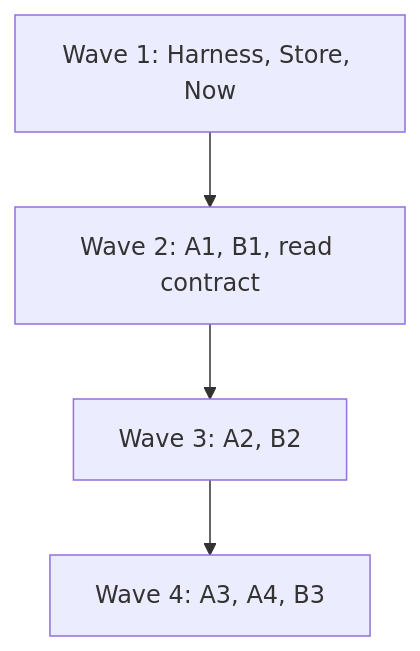
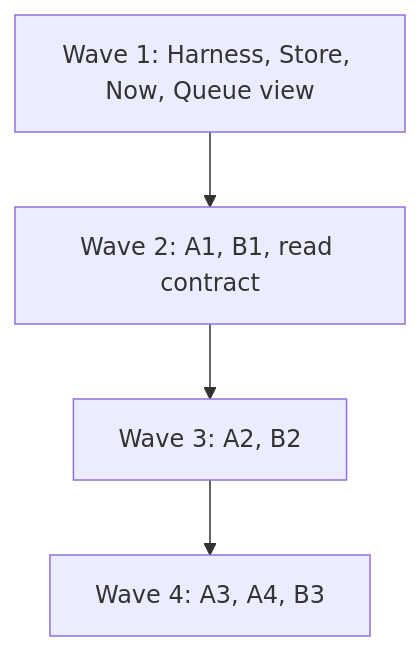
Before and after one commit to HJeon139/postbox: the first of 2 diagrams in designs/508/execution-plan.md, drawn with Mermaid. The commit also changed other lines of this file and 3 other files, not shown here.

Commit message:
docs(508): bound the queue, add Tell it now and a delivery-route spike (#427, #470)

````diff
--- a/designs/508/execution-plan.md
+++ b/designs/508/execution-plan.md
@@ -34,8 +34,8 @@
 ```mermaid
 flowchart TD
-  W1["Wave 1: Harness, Store, Now"]
+  W1["Wave 1: Harness, Store, Now, Queue view"]
   W2["Wave 2: A1, B1, read contract"]
   W3["Wave 3: A2, B2"]
   W4["Wave 4: A3, A4, B3"]
   W1 --> W2 --> W3 --> W4
 ```
````
